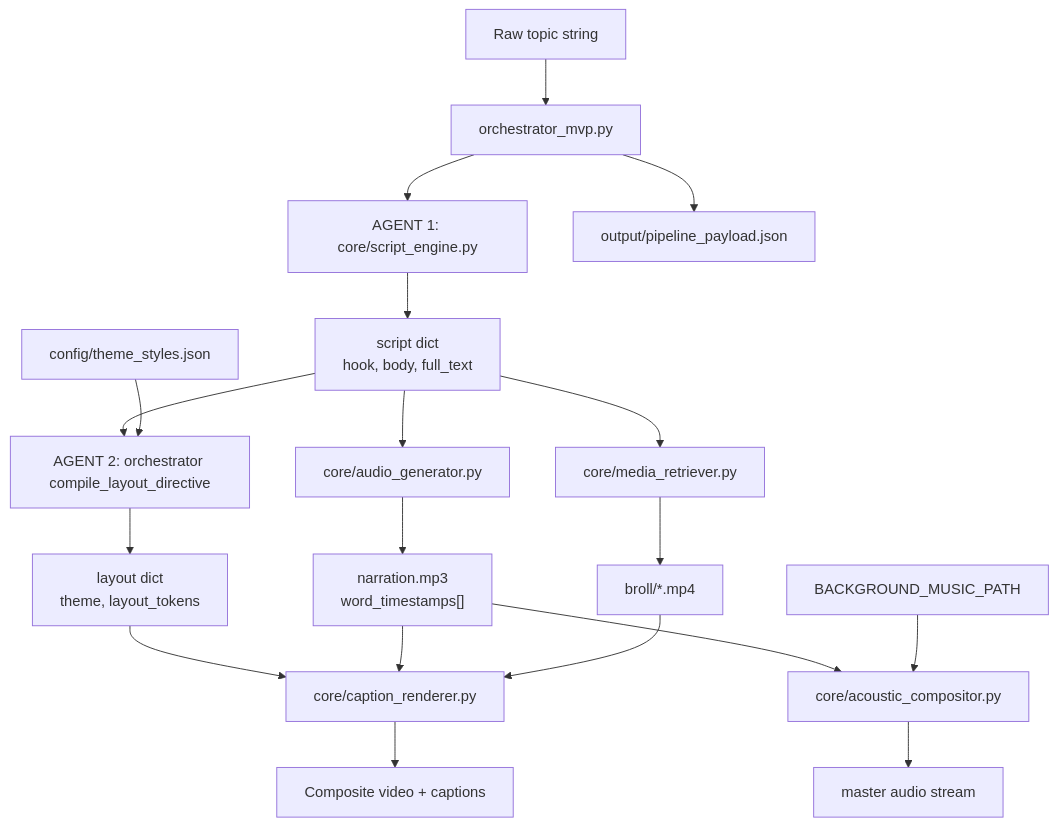
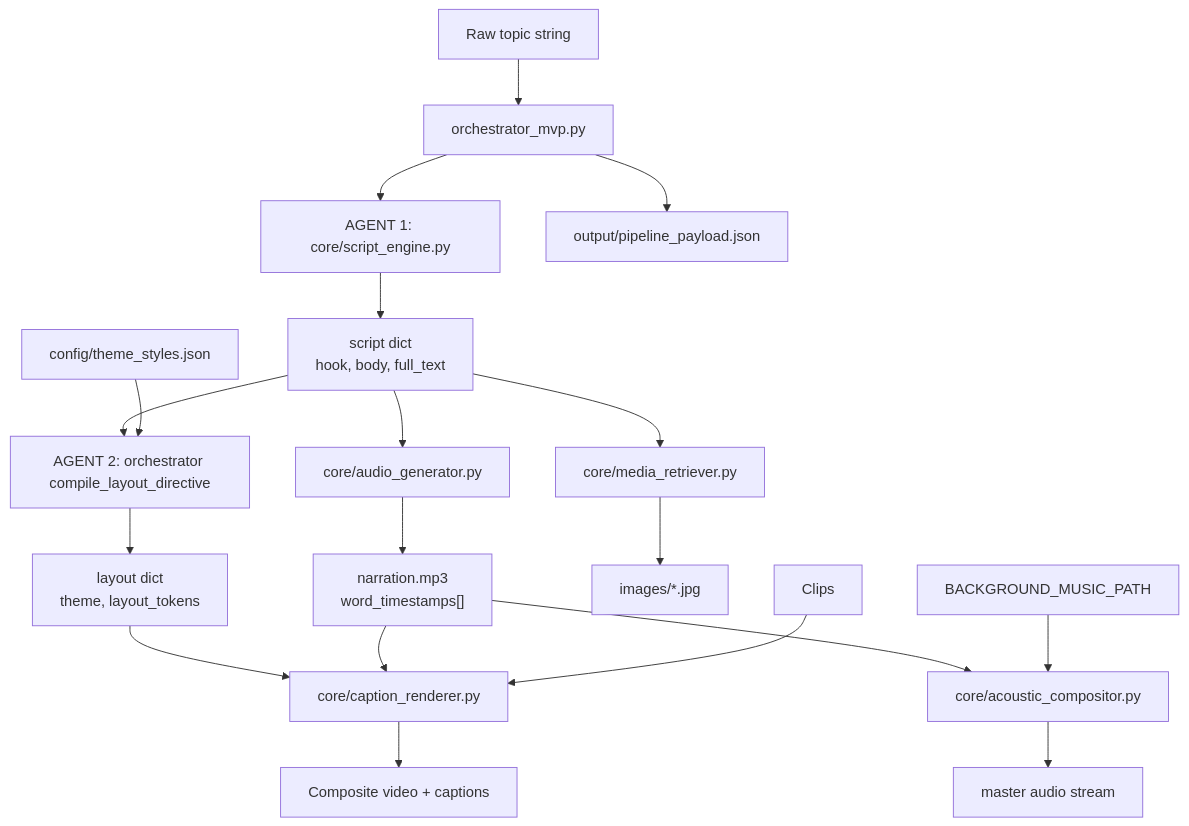
One commit to ducanh12980/Short-form-content-generator changed the first of 2 diagrams in .cursor/skills/explain-pipeline-feature/pipeline-map.md. Above: the diagram before and after it, drawn with Mermaid. The commit also changed other lines of this file and 53 other files, not shown here.

````diff
--- a/.cursor/skills/explain-pipeline-feature/pipeline-map.md
+++ b/.cursor/skills/explain-pipeline-feature/pipeline-map.md
@@ -7,28 +7,28 @@
 ```mermaid
 flowchart TD
     Topic[Raw topic string] --> Orch[orchestrator_mvp.py]
 
     Orch --> A1[AGENT 1: core/script_engine.py]
     A1 --> Script["script dict<br/>hook, body, full_text"]
 
     Script --> A2[AGENT 2: orchestrator compile_layout_directive]
     Themes[config/theme_styles.json] --> A2
     A2 --> Layout["layout dict<br/>theme, layout_tokens"]
 
     Script --> TTS[core/audio_generator.py]
     TTS --> Audio["narration.mp3<br/>word_timestamps[]"]
 
     Script --> Broll[core/media_retriever.py]
-    Broll --> Clips["broll/*.mp4"]
+    Broll --> Images["images/*.jpg"]
 
     Layout --> Cap[core/caption_renderer.py]
     Audio --> Cap
     Clips --> Cap
     Cap --> Video[Composite video + captions]
 
     Audio --> Mix[core/acoustic_compositor.py]
     Music[BACKGROUND_MUSIC_PATH] --> Mix
     Mix --> MasterAudio[master audio stream]
 
     Orch --> Payload[output/pipeline_payload.json]
 ```
````
